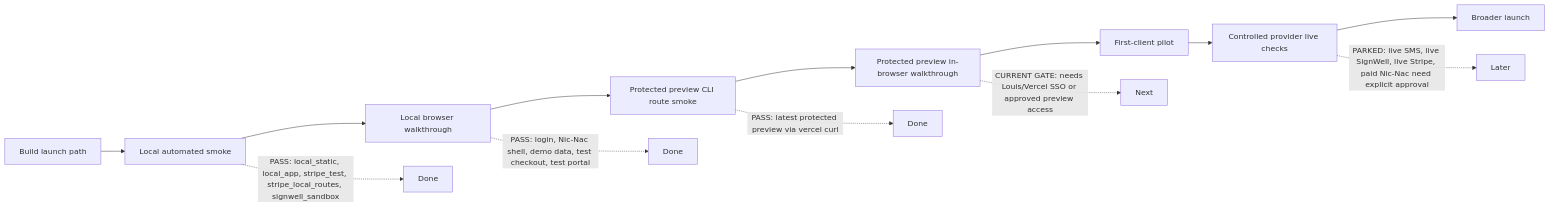
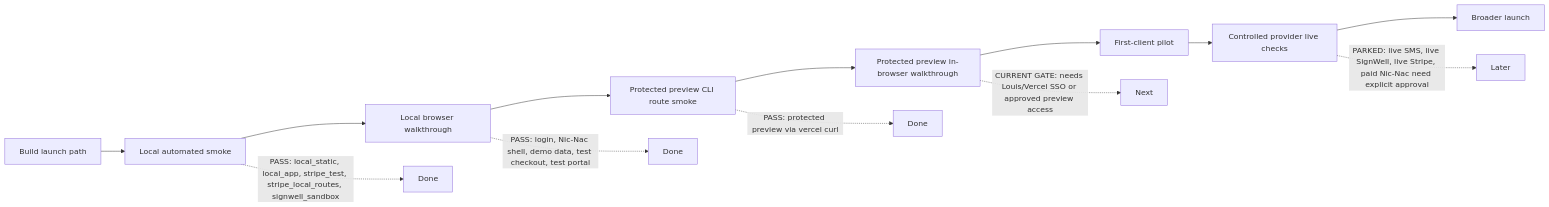
The diagram in docs/sparkle-suite/launch-readiness-2026-05-18.md (louis623/neon-rabbit-core), drawn with Mermaid before and after one commit. The commit also changed other lines of this file and 1 other file, not shown here.

Commit message:
docs: clarify protected preview smoke wording

````diff
--- a/docs/sparkle-suite/launch-readiness-2026-05-18.md
+++ b/docs/sparkle-suite/launch-readiness-2026-05-18.md
@@ -32,16 +32,16 @@
 ```mermaid
 flowchart LR
   A["Build launch path"] --> B["Local automated smoke"]
   B --> C["Local browser walkthrough"]
   C --> D["Protected preview CLI route smoke"]
   D --> E["Protected preview in-browser walkthrough"]
   E --> F["First-client pilot"]
   F --> G["Controlled provider live checks"]
   G --> H["Broader launch"]
 
   B -. "PASS: local_static, local_app, stripe_test, stripe_local_routes, signwell_sandbox" .-> B1["Done"]
   C -. "PASS: login, Nic-Nac shell, demo data, test checkout, test portal" .-> C1["Done"]
-  D -. "PASS: latest protected preview via vercel curl" .-> D1["Done"]
+  D -. "PASS: protected preview via vercel curl" .-> D1["Done"]
   E -. "CURRENT GATE: needs Louis/Vercel SSO or approved preview access" .-> E1["Next"]
   G -. "PARKED: live SMS, live SignWell, live Stripe, paid Nic-Nac need explicit approval" .-> G1["Later"]
 ```
````
